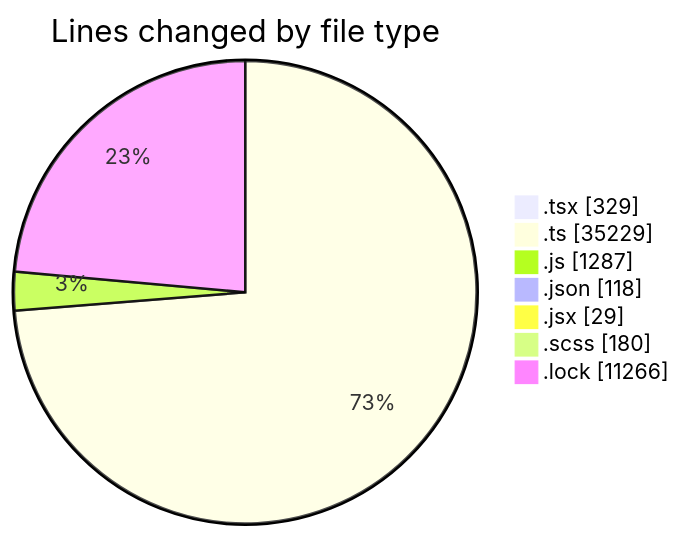
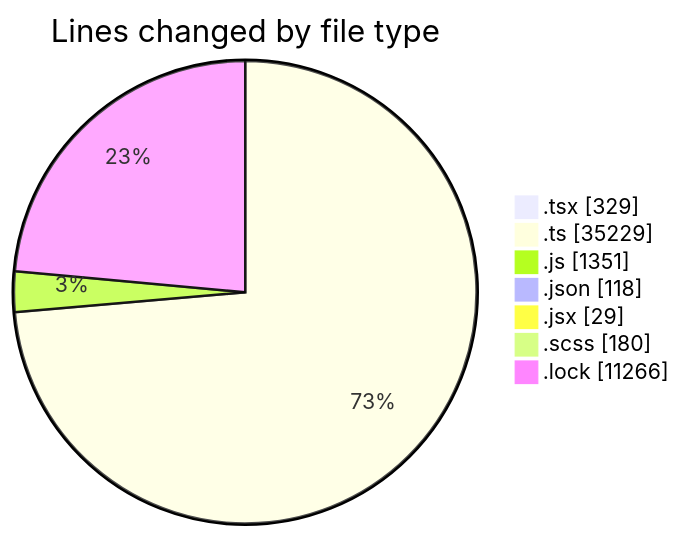
One commit to momahboobian/code-tracking changed the first of 2 diagrams in 2025-12-17/cda/README.md. Above: the diagram before and after it, drawn with Mermaid. The commit also changed other lines of this file and 1 other file, not shown here.

````diff
--- a/2025-12-17/cda/README.md
+++ b/2025-12-17/cda/README.md
@@ -52,11 +53,11 @@
 ```mermaid
 pie showData
 title Lines changed by file type
 ".tsx" : 329
 ".ts" : 35229
-".js" : 1287
+".js" : 1351
 ".json" : 118
 ".jsx" : 29
 ".scss" : 180
 ".lock" : 11266
 ```
````
